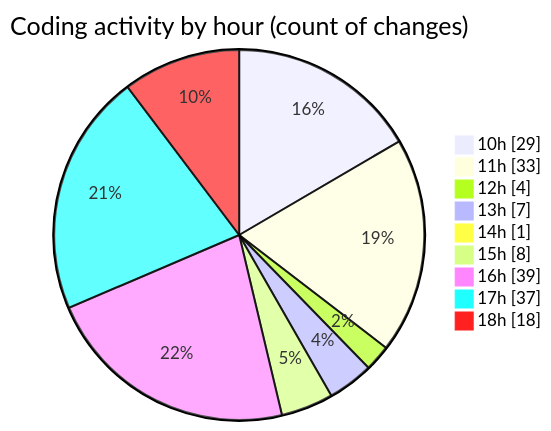
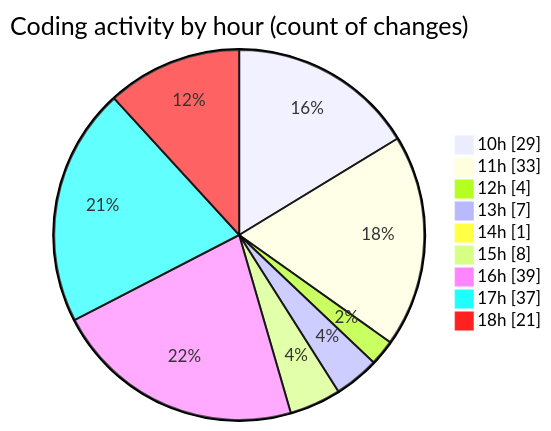
The second of 2 diagrams in 2025-06-05/cda/README.md (momahboobian/code-tracking), drawn with Mermaid before and after one commit. The commit also changed other lines of this file and 1 other file, not shown here.

````diff
--- a/2025-06-05/cda/README.md
+++ b/2025-06-05/cda/README.md
@@ -69,13 +70,13 @@
 ```mermaid
 pie showData
 title Coding activity by hour (count of changes)
 "10h" : 29
 "11h" : 33
 "12h" : 4
 "13h" : 7
 "14h" : 1
 "15h" : 8
 "16h" : 39
 "17h" : 37
-"18h" : 18
+"18h" : 21
 ```
````
